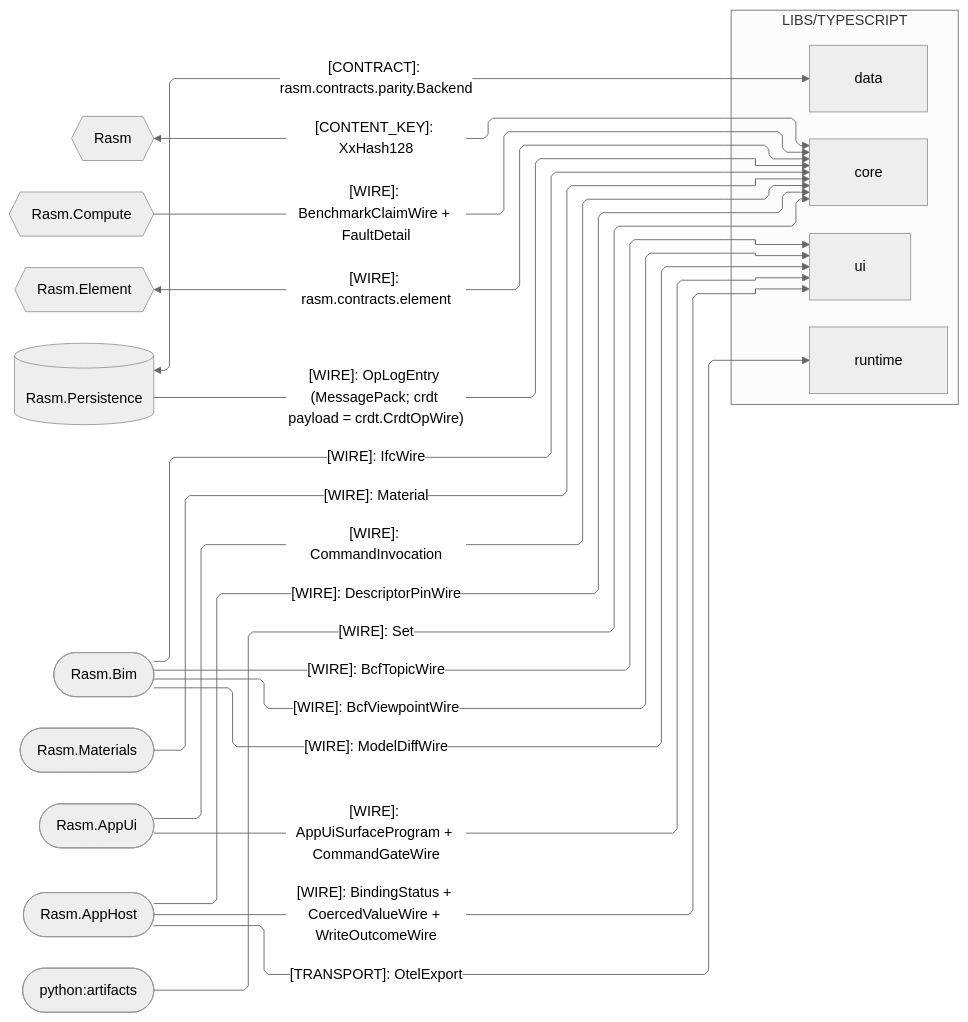
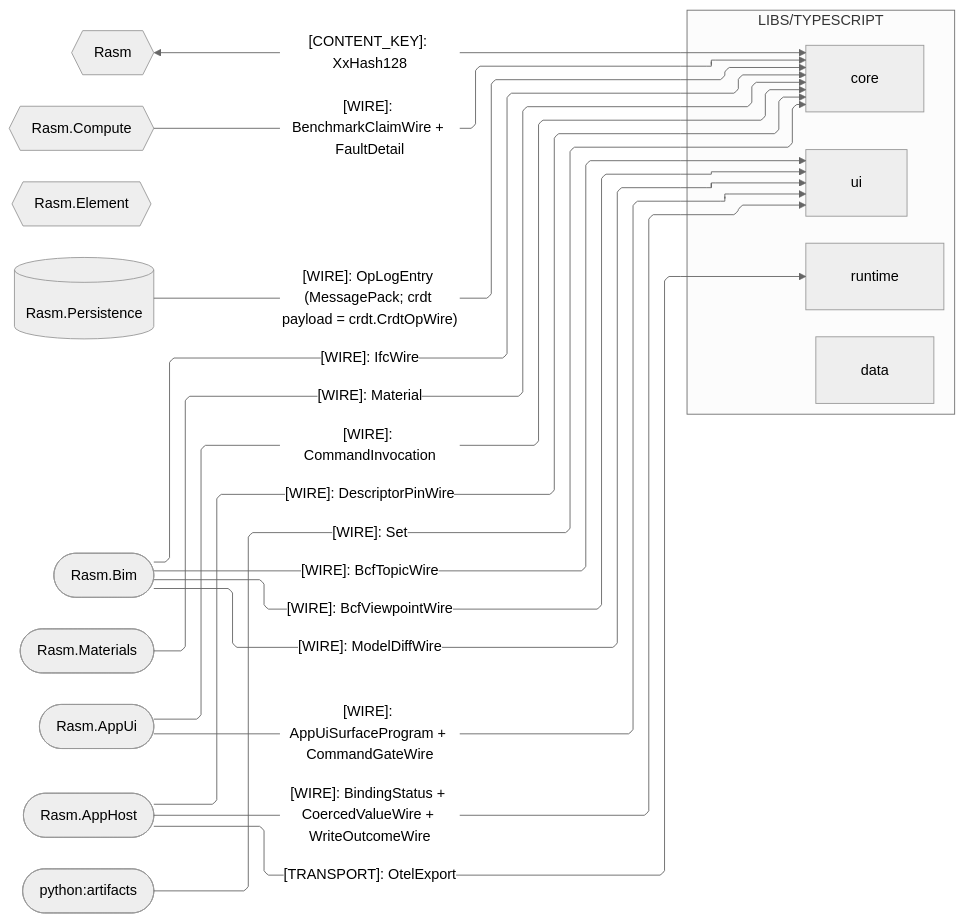
One commit to bsamiee/Rasm changed the second of 4 diagrams in libs/typescript/.planning/ARCHITECTURE.md. Above: the diagram before and after it, drawn with Mermaid (neutral theme). The commit also changed other lines of this file and 616 other files, not shown here.

````diff
--- a/libs/typescript/.planning/ARCHITECTURE.md
+++ b/libs/typescript/.planning/ARCHITECTURE.md
@@ -80,43 +79,41 @@
 ```mermaid
 ---
 config:
   layout: elk
   flowchart:
     curve: linear
     padding: 25
 ---
 flowchart LR
     accTitle: TypeScript external seam registry
     accDescr: TypeScript exchanges kinded wires and the backend contract with .NET packages and the neutral Python artifact producer.
     subgraph ts[LIBS/TYPESCRIPT]
         Core[core]
         Data[data]
         Runtime[runtime]
         Ui[ui]
     end
     Rasm{{Rasm}}
     Compute{{Rasm.Compute}}
     Element{{Rasm.Element}}
     Persistence[(Rasm.Persistence)]
     Bim([Rasm.Bim])
     Materials([Rasm.Materials])
     AppUi([Rasm.AppUi])
     AppHost([Rasm.AppHost])
     Artifacts([python:artifacts])
     Rasm e1@<-->|"[CONTENT_KEY]: XxHash128"| Core
     Compute e19@-->|"[WIRE]: BenchmarkClaimWire + FaultDetail"| Core
-    Element e2@<-->|"[WIRE]: rasm.contracts.element"| Core
     Persistence e4@-->|"[WIRE]: OpLogEntry (MessagePack; crdt payload = crdt.CrdtOpWire)"| Core
-    Persistence e14@<-->|"[CONTRACT]: rasm.contracts.parity.Backend"| Data
     Bim e6@-->|"[WIRE]: IfcWire"| Core
     Materials e7@-->|"[WIRE]: Material"| Core
     AppUi e8@-->|"[WIRE]: CommandInvocation"| Core
     Bim e12@-->|"[WIRE]: BcfTopicWire"| Ui
     Bim e18@-->|"[WIRE]: BcfViewpointWire"| Ui
     Bim e15@-->|"[WIRE]: ModelDiffWire"| Ui
     AppUi e11@-->|"[WIRE]: AppUiSurfaceProgram + CommandGateWire"| Ui
     AppHost e10@-->|"[WIRE]: BindingStatus + CoercedValueWire + WriteOutcomeWire"| Ui
     AppHost e9@-->|"[TRANSPORT]: OtelExport"| Runtime
     AppHost e16@-->|"[WIRE]: DescriptorPinWire"| Core
     Artifacts e17@-->|"[WIRE]: Set"| Core
 ```
````
